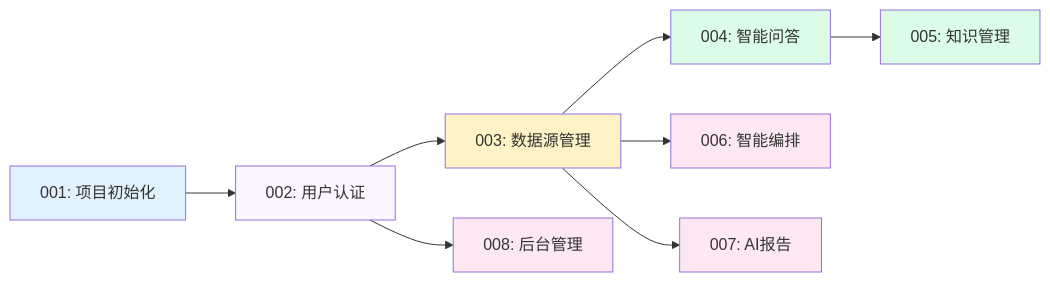
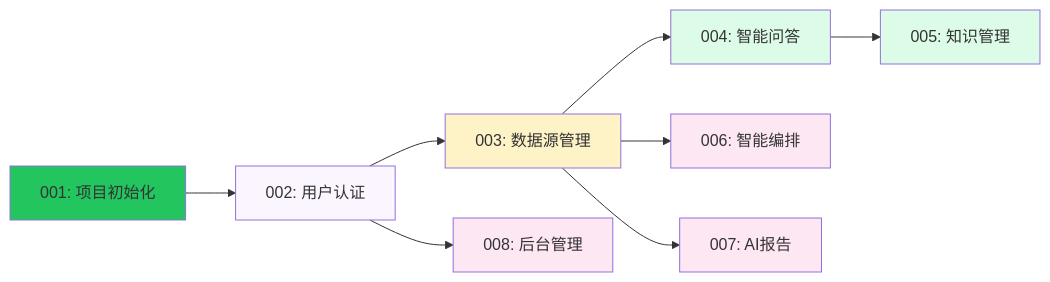
The diagram in docs/项目迭代/2026-03-17-[进行中]-智融数据问答平台/stories/index.md (showballer/case1), drawn with Mermaid before and after one commit. The commit also changed other lines of this file and 2 other files, not shown here.

````diff
--- a/docs/项目迭代/2026-03-17-[进行中]-智融数据问答平台/stories/index.md
+++ b/docs/项目迭代/2026-03-17-[进行中]-智融数据问答平台/stories/index.md
@@ -31,19 +31,19 @@
 ```mermaid
 graph LR
     001[001: 项目初始化] --> 002[002: 用户认证]
     002 --> 003[003: 数据源管理]
     003 --> 004[004: 智能问答]
     004 --> 005[005: 知识管理]
     002 --> 008[008: 后台管理]
     003 --> 006[006: 智能编排]
     003 --> 007[007: AI报告]
 
-    style 001 fill:#e0f2fe
+    style 001 fill:#22c55e
     style 002 fill:#faf5ff
     style 003 fill:#fef3c7
     style 004 fill:#dcfce7
     style 005 fill:#dcfce7
     style 006 fill:#fce7f3
     style 007 fill:#fce7f3
     style 008 fill:#fce7f3
 ```
````
